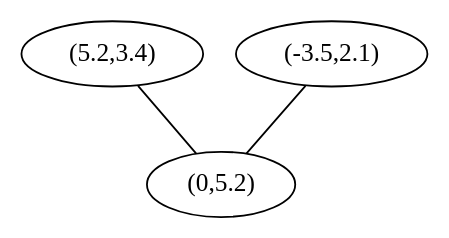
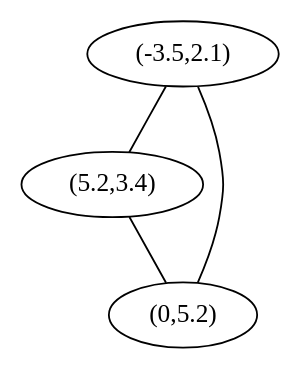
Before and after one commit to greg-p-21/IT452_hw1: the diagram in navProj/example.DOT, drawn with Graphviz. The commit also changed 15 other files, not shown here.

```diff
--- a/navProj/example.DOT
+++ b/navProj/example.DOT
@@ -1,8 +1,9 @@
 graph G {
   A [label = "(5.2,3.4)"];
   infrontofHP114 [label = "(-3.5,2.1)"];
   C [label = "(0,5.2)"];
 
   A -- C;
   infrontofHP114 -- C;
+  infrontofHP114 -- A;
 }
```
